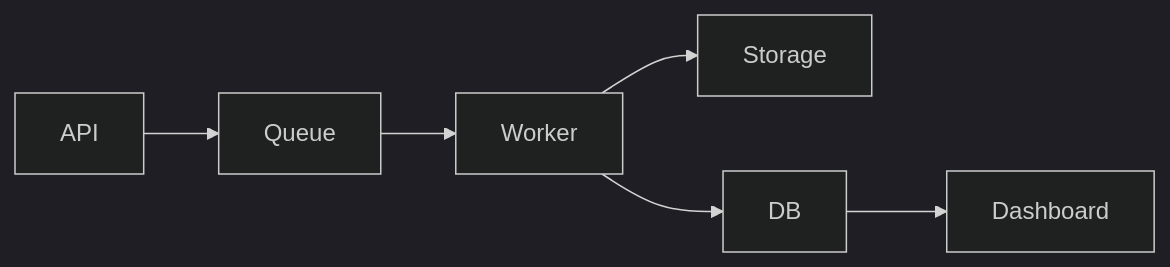
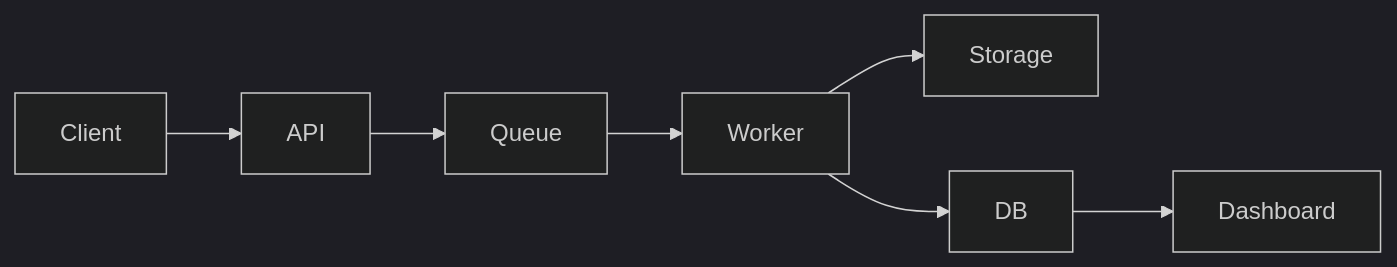
One commit to huangsam/systology changed the diagram in site/content/designs/background-job-queue.md. Above: the diagram before and after it, drawn with Mermaid (dark theme).

Commit message:
Add client into background-job-queue

```diff
--- a/site/content/designs/background-job-queue.md
+++ b/site/content/designs/background-job-queue.md
@@ -22,8 +22,9 @@
 {{< mermaid >}}
 graph LR
+  Client --> API
   API --> Queue
   Queue --> Worker
   Worker --> Storage
   Worker --> DB
   DB --> Dashboard
 {{< /mermaid >}}
```
